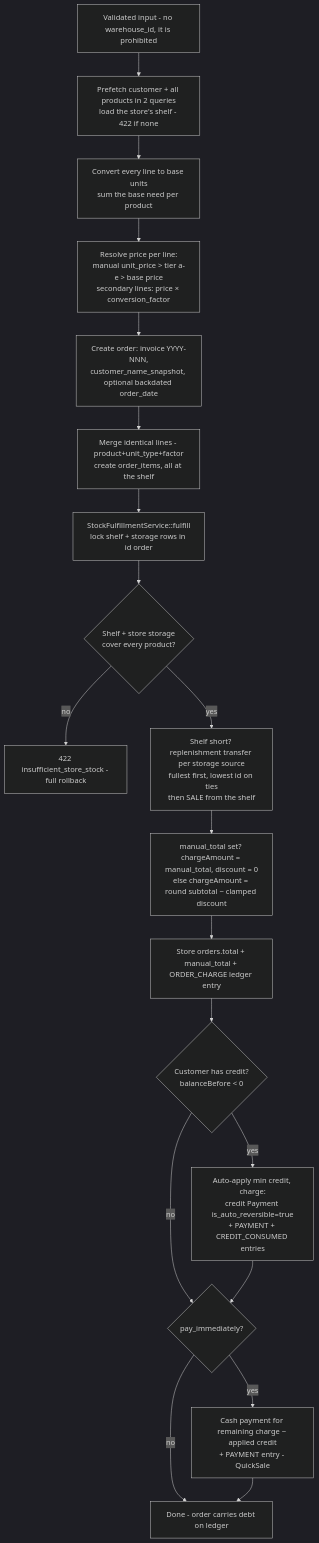
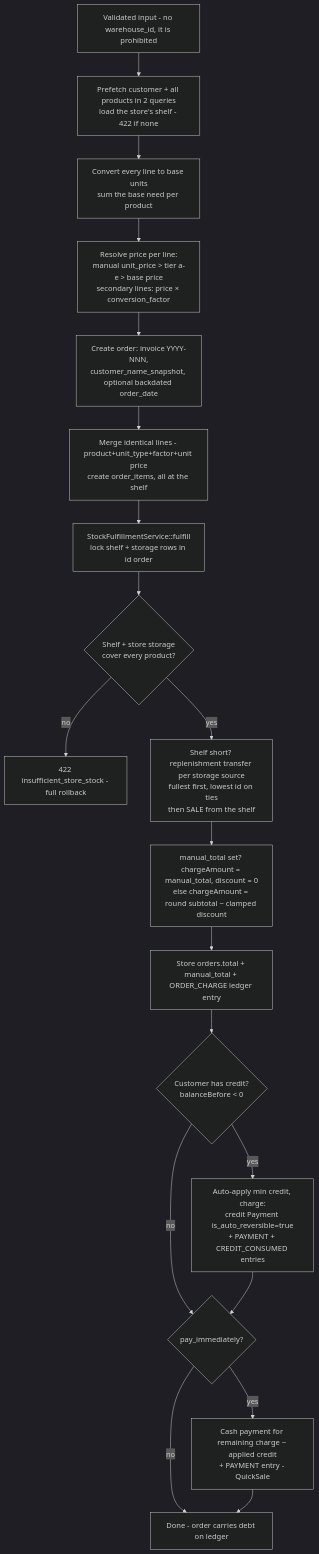
One commit to AhmedNoaman602/multidukkan changed the first of 2 diagrams in docs/07-business-rules/order-lifecycle.md. Above: the diagram before and after it, drawn with Mermaid (dark theme). The commit also changed 1 other file, not shown here.

Commit message:
docs(orders): line merging also compares the unit price (MUL2-26)
Since W2, lines of the same product merge only when their unit price
matches too. orders.md and the creation flow diagram in
order-lifecycle.md still described the old key (product, unit type,
factor), which is the rule that caused the bug.

orders.md also notes where prices are compared (OrderService::priceKey,
which W7 must move to 4 decimals) and that addItem prices an untyped
line from today's tier.

````diff
--- a/docs/07-business-rules/order-lifecycle.md
+++ b/docs/07-business-rules/order-lifecycle.md
@@ -7,21 +7,21 @@
 ```mermaid
 flowchart TD
     A[Validated input - no warehouse_id, it is prohibited] --> B[Prefetch customer + all products in 2 queries<br/>load the store's shelf - 422 if none]
     B --> C[Convert every line to base units<br/>sum the base need per product]
     C --> E[Resolve price per line:<br/>manual unit_price > tier a-e > base price<br/>secondary lines: price × conversion_factor]
     E --> F[Create order: invoice YYYY-NNN,<br/>customer_name_snapshot, optional backdated order_date]
-    F --> G[Merge identical lines - product+unit_type+factor<br/>create order_items, all at the shelf]
+    F --> G[Merge identical lines - product+unit_type+factor+unit price<br/>create order_items, all at the shelf]
     G --> S[StockFulfillmentService::fulfill<br/>lock shelf + storage rows in id order]
     S --> D{Shelf + store storage<br/>cover every product?}
     D -- no --> X[422 insufficient_store_stock - full rollback]
     D -- yes --> R[Shelf short? replenishment transfer per storage source<br/>fullest first, lowest id on ties<br/>then SALE from the shelf]
     R --> H[manual_total set? chargeAmount = manual_total, discount = 0<br/>else chargeAmount = round subtotal − clamped discount]
     H --> I[Store orders.total + manual_total + ORDER_CHARGE ledger entry]
     I --> J{Customer has credit?<br/>balanceBefore < 0}
     J -- yes --> K[Auto-apply min credit, charge:<br/>credit Payment is_auto_reversible=true<br/>+ PAYMENT + CREDIT_CONSUMED entries]
     J -- no --> L{pay_immediately?}
     K --> L
     L -- yes --> M[Cash payment for remaining charge − applied credit<br/>+ PAYMENT entry - QuickSale]
     L -- no --> N[Done - order carries debt on ledger]
     M --> N
 ```
````
